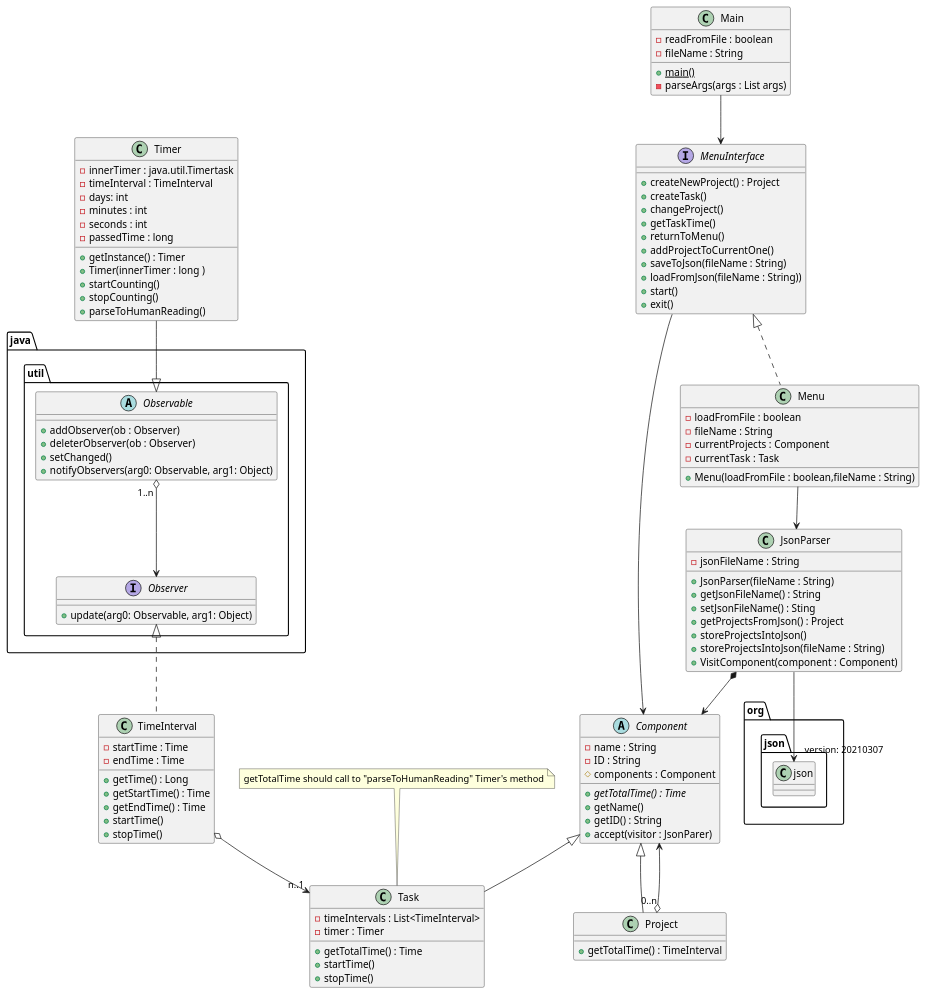
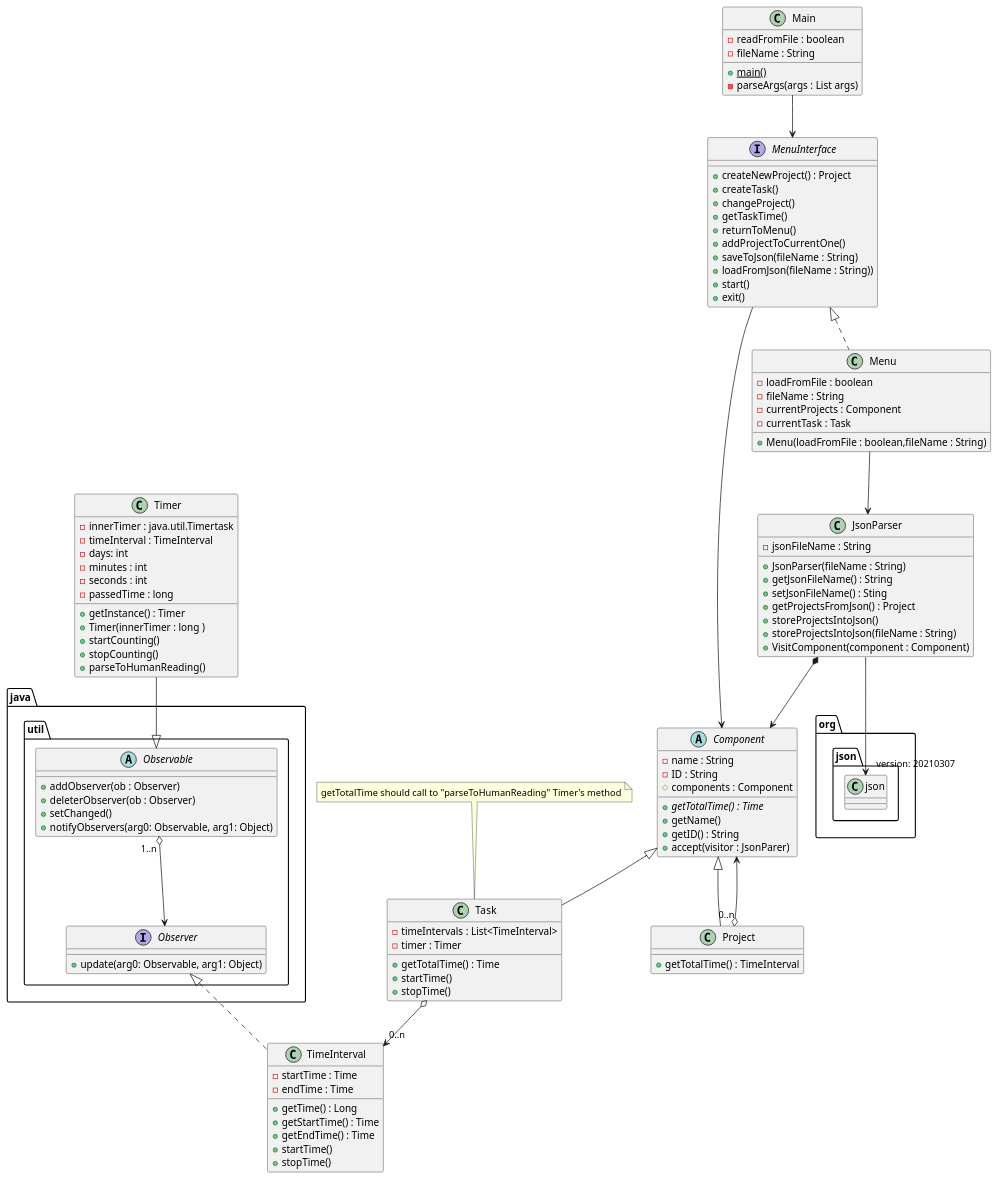
The diagram in src/main/resources/design.puml (gaspar44/time-tracking), drawn with PlantUML before and after one commit.

Commit message:
Modificada direccion Task -> Interval (0..n)

```diff
--- a/src/main/resources/design.puml
+++ b/src/main/resources/design.puml
@@ -1,116 +1,116 @@
 @startuml
 abstract class Component {
     - name : String
     - ID : String
     # components : Component
     + {abstract} getTotalTime() : Time
     + getName()
     + getID() : String
     + accept(visitor : JsonParer)
 }
 
 class TimeInterval  implements java.util.Observer {
     - startTime : Time
     - endTime : Time
     + getTime() : Long
     + getStartTime() : Time
     + getEndTime() : Time
     + startTime()
     + stopTime()
 }
 
 abstract class java.util.Observable{
 
 + addObserver(ob : Observer)
 + deleterObserver(ob : Observer)
 + setChanged()
 + notifyObservers(arg0: Observable, arg1: Object)
 
 }
 
 interface java.util.Observer {
 
 + update(arg0: Observable, arg1: Object)
 
 }
 
 
 class Project extends Component{
     + getTotalTime() : TimeInterval
 }
 
 class Task extends Component {
     - timeIntervals : List<TimeInterval>
     - timer : Timer
     + getTotalTime() : Time
     + startTime()
     + stopTime()
 }
 
 class Timer {
     - innerTimer : java.util.Timertask
     - timeInterval : TimeInterval
     - days: int
     - minutes : int
     - seconds : int
     - passedTime : long
     + getInstance() : Timer
     + Timer(innerTimer : long )
     + startCounting()
     + stopCounting()
     + parseToHumanReading()
 }
 
 class JsonParser {
     - jsonFileName : String
     + JsonParser(fileName : String)
     + getJsonFileName() : String
     + setJsonFileName() : Sting
     + getProjectsFromJson() : Project
     + storeProjectsIntoJson()
     + storeProjectsIntoJson(fileName : String)
     + VisitComponent(component : Component)
 }
 
 class Main {
     - readFromFile : boolean
     - fileName : String
     + {static} main()
     - parseArgs(args : List args)
 }
 
 interface MenuInterface {
     + createNewProject() : Project
     + createTask()
     + changeProject()
     + getTaskTime()
     + returnToMenu()
     + addProjectToCurrentOne()
     + saveToJson(fileName : String)
     + loadFromJson(fileName : String))
     + start()
     + exit()
 }
 
 class Menu implements MenuInterface {
     + Menu(loadFromFile : boolean,fileName : String)
     - loadFromFile : boolean
     - fileName : String
     - currentProjects : Component
     - currentTask : Task
 }
 
 note top of Task {
     getTotalTime should call to "parseToHumanReading" Timer's method
 }
 
 JsonParser --> "version: 20210307" org.json.json
 Main --> MenuInterface
 Menu --> JsonParser
 JsonParser *--> Component
 Project "0..n" o--> Component
 MenuInterface --> Component
-TimeInterval o--> "n..1" Task
+Task o--> "0..n" TimeInterval
 java.util.Observable "1..n " o--> java.util.Observer
 Timer --|> java.util.Observable
 @enduml
```
